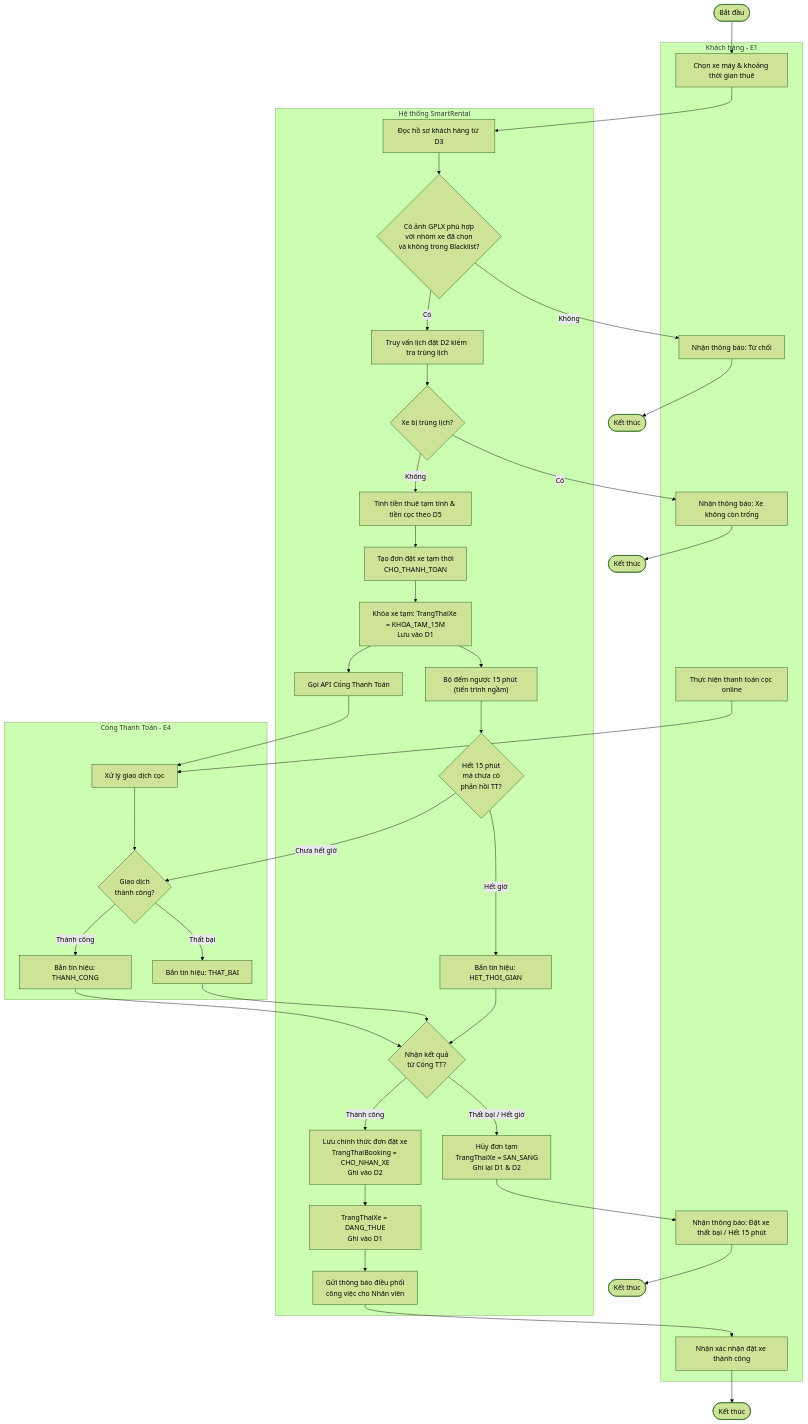
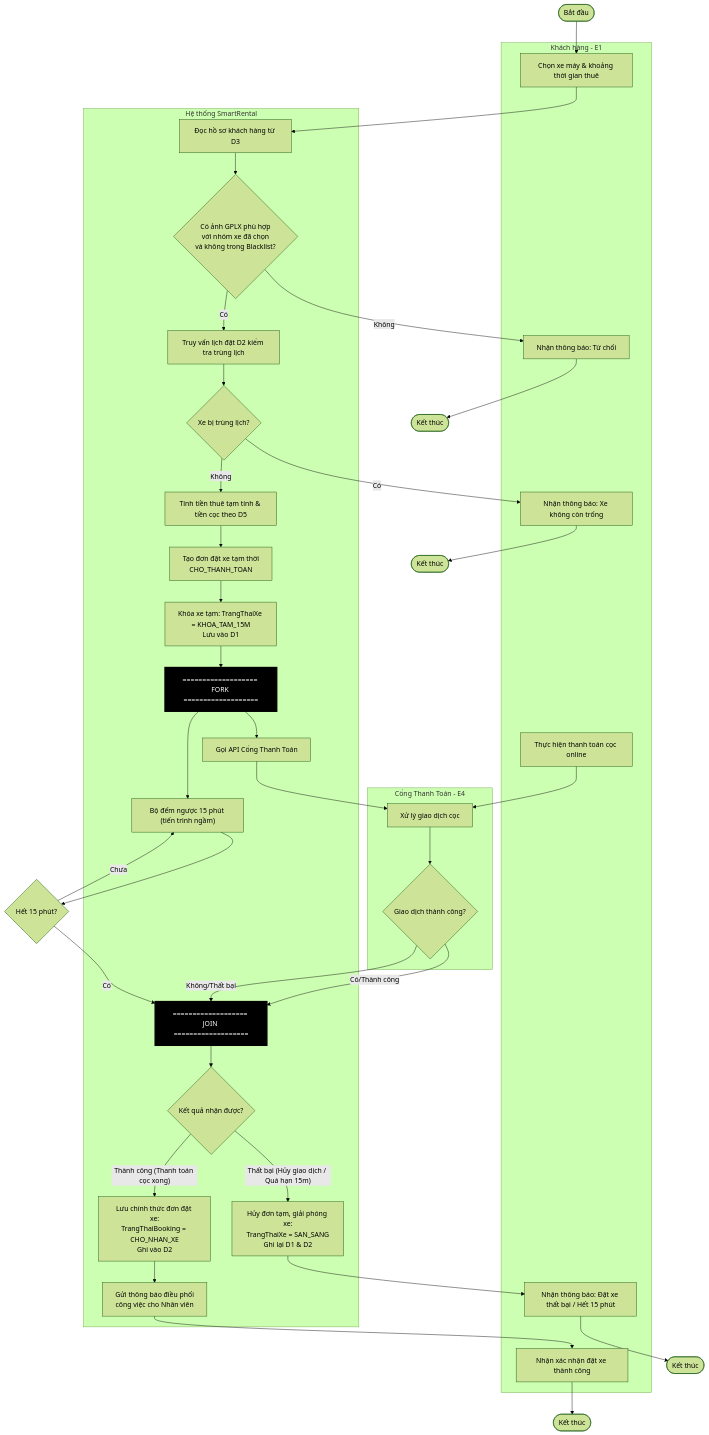
One commit to Vqd2k6/SAD-UTH changed the sixth of 39 diagrams in BaoCao_DeTaiNhom_PTTKHT.md. Above: the diagram before and after it, drawn with Mermaid (forest theme). The commit also changed other lines of this file and 1 other file, not shown here.

````diff
--- a/BaoCao_DeTaiNhom_PTTKHT.md
+++ b/BaoCao_DeTaiNhom_PTTKHT.md
@@ -520,65 +520,78 @@
 ```mermaid
 graph TB
     Start(["Bắt đầu"])
 
     subgraph E1 [Khách hàng - E1]
         A1["Chọn xe máy & khoảng thời gian thuê"]
         A2["Nhận thông báo: Từ chối"]
         A3["Nhận thông báo: Xe không còn trống"]
         A4["Thực hiện thanh toán cọc online"]
         A5["Nhận xác nhận đặt xe thành công"]
         A6["Nhận thông báo: Đặt xe thất bại / Hết 15 phút"]
     end
 
     subgraph SYS [Hệ thống SmartRental]
         S1["Đọc hồ sơ khách hàng từ D3"]
         S2{"Có ảnh GPLX phù hợp<br/>với nhóm xe đã chọn<br/>và không trong Blacklist?"}
         S3["Truy vấn lịch đặt D2 kiểm tra trùng lịch"]
         S4{"Xe bị trùng lịch?"}
         S5["Tính tiền thuê tạm tính & tiền cọc theo D5"]
         S6["Tạo đơn đặt xe tạm thời<br/>CHO_THANH_TOAN"]
         S7["Khóa xe tạm: TrangThaiXe = KHOA_TAM_15M<br/>Lưu vào D1"]
+        
+        %% Fork Bar
+        Fork1["=================== FORK ==================="]
+        
         S8["Gọi API Cổng Thanh Toán"]
-        S9{"Nhận kết quả<br/>từ Cổng TT?"}
-        S10["Hủy đơn tạm<br/>TrangThaiXe = SAN_SANG<br/>Ghi lại D1 & D2"]
-        S11["Lưu chính thức đơn đặt xe<br/>TrangThaiBooking = CHO_NHAN_XE<br/>Ghi vào D2"]
-        S12["TrangThaiXe = DANG_THUE<br/>Ghi vào D1"]
-        S13["Gửi thông báo điều phối<br/>công việc cho Nhân viên"]
         C1["Bộ đếm ngược 15 phút (tiến trình ngầm)"]
-        C2{"Hết 15 phút<br/>mà chưa có<br/>phản hồi TT?"}
-        C3["Bắn tín hiệu: HET_THOI_GIAN"]
+        
+        %% Join Bar
+        Join1["=================== JOIN ==================="]
+        
+        S9{"Kết quả nhận được?"}
+        S10["Hủy đơn tạm, giải phóng xe:<br/>TrangThaiXe = SAN_SANG<br/>Ghi lại D1 & D2"]
+        S11["Lưu chính thức đơn đặt xe:<br/>TrangThaiBooking = CHO_NHAN_XE<br/>Ghi vào D2"]
+        S12["Gửi thông báo điều phối<br/>công việc cho Nhân viên"]
     end
 
     subgraph E4 [Cổng Thanh Toán - E4]
         P1["Xử lý giao dịch cọc"]
-        P2{"Giao dịch<br/>thành công?"}
-        P3["Bắn tín hiệu: THANH_CONG"]
-        P4["Bắn tín hiệu: THAT_BAI"]
+        P2{"Giao dịch thành công?"}
     end
 
     %% Flow
-    Start --> A1 --> S1
-    S1 --> S2
+    Start --> A1 --> S1 --> S2
     S2 -- Không --> A2 --> End1([Kết thúc])
     S2 -- Có --> S3 --> S4
     S4 -- Có --> A3 --> End2([Kết thúc])
     S4 -- Không --> S5 --> S6 --> S7
-    S7 --> S8
+    
+    %% Forking
+    S7 --> Fork1
+    Fork1 --> S8
+    Fork1 --> C1
+    
+    %% Branch 1: Payment Flow
     S8 --> P1 --> P2
-    S7 --> C1 --> C2
-    C2 -- Chưa hết giờ --> P2
-    C2 -- Hết giờ --> C3
+    P2 -- Có/Thành công --> Join1
+    P2 -- Không/Thất bại --> Join1
+    
+    %% Branch 2: Timeout Flow
+    C1 --> C2{"Hết 15 phút?"}
+    C2 -- Có --> Join1
+    C2 -- Chưa --> C1
+    
+    %% Joining
+    Join1 --> S9
+    
+    S9 -- "Thành công (Thanh toán cọc xong)" --> S11
+    S9 -- "Thất bại (Hủy giao dịch / Quá hạn 15m)" --> S10
+    
+    S10 --> A6 --> End3([Kết thúc])
+    A4 --> P1
+    S11 --> S12 --> A5 --> End4([Kết thúc])
 
-    P2 -- Thành công --> P3 --> S9
-    P2 -- Thất bại --> P4 --> S9
-    C3 --> S9
-
-    S9 -- Thành công --> S11
-    S9 -- Thất bại / Hết giờ --> S10
-
-    S10 --> A6 --> End3([Kết thúc])
-
-    A4 --> P1
-
-    S11 --> S12 --> S13 --> A5 --> End4([Kết thúc])
+    %% Styling Fork/Join Bars
+    style Fork1 fill:#000,stroke:#000,stroke-width:3px,color:#fff;
+    style Join1 fill:#000,stroke:#000,stroke-width:3px,color:#fff;
 ```
````
